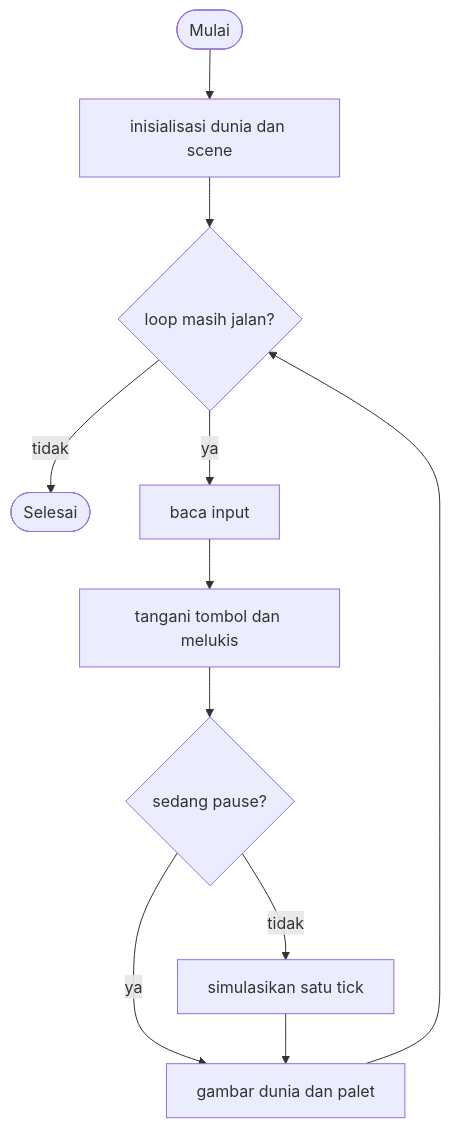
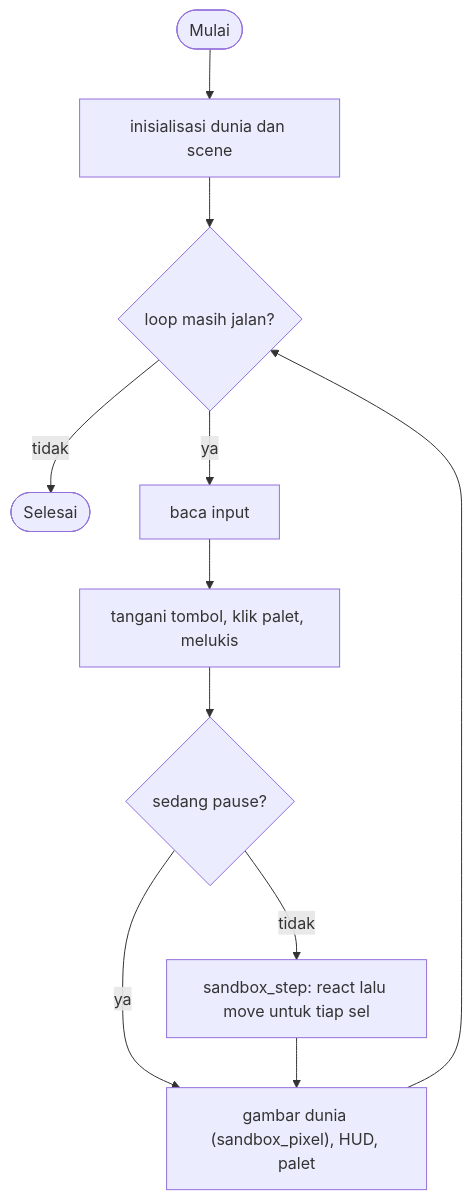
The diagram in deferred/sandbox/GAME.md (zaxx-q/arCade), drawn with Mermaid before and after one commit. The commit also changed other lines of this file and 20 other files, not shown here.

````diff
--- a/deferred/sandbox/GAME.md
+++ b/deferred/sandbox/GAME.md
@@ -216,13 +279,13 @@
 ```mermaid
 flowchart TD
     A([Mulai]) --> B["inisialisasi dunia dan scene"]
     B --> C{"loop masih jalan?"}
     C -- tidak --> Z([Selesai])
     C -- ya --> D[baca input]
-    D --> E["tangani tombol dan melukis"]
+    D --> E["tangani tombol, klik palet, melukis"]
     E --> F{"sedang pause?"}
-    F -- tidak --> G["simulasikan satu tick"]
-    F -- ya --> H["gambar dunia dan palet"]
+    F -- tidak --> G["sandbox_step: react lalu move untuk tiap sel"]
+    F -- ya --> H["gambar dunia (sandbox_pixel), HUD, palet"]
     G --> H
     H --> C
 ```
````
